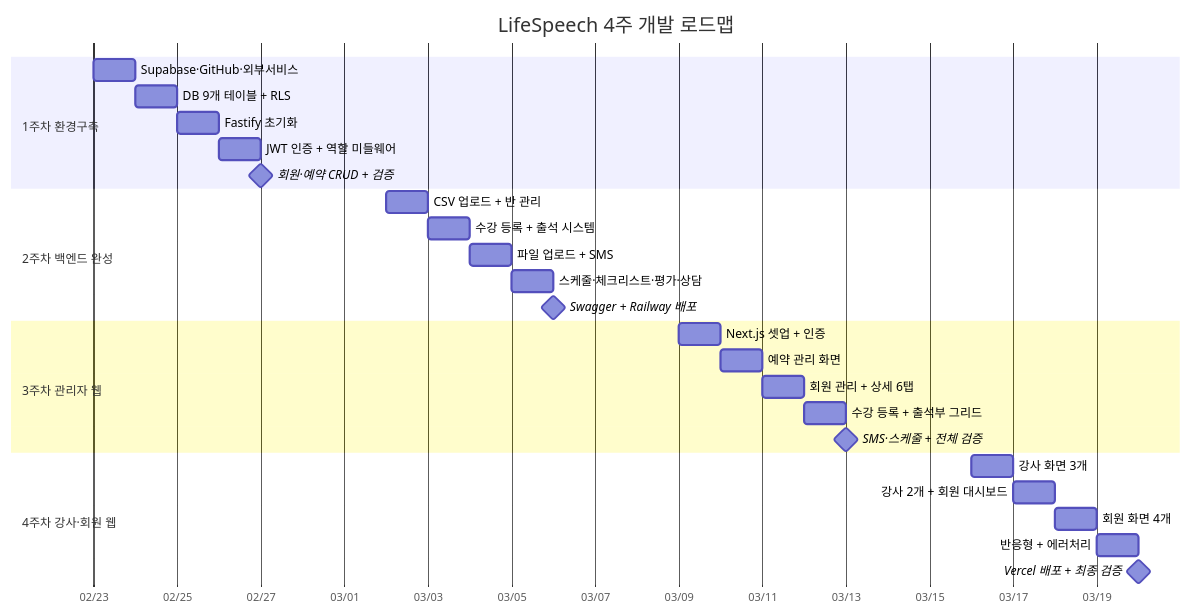
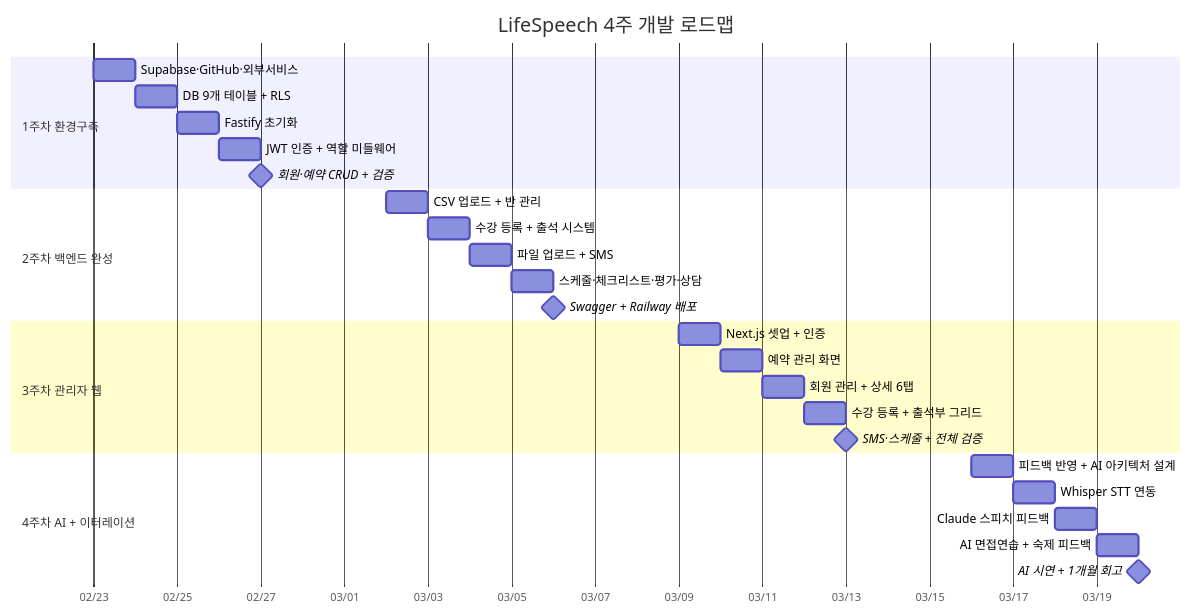
One commit to gggmlduswjs/lifespeech changed the diagram in content/PLANNER/00-대시보드.md. Above: the diagram before and after it, drawn with Mermaid. The commit also changed other lines of this file and 1 other file, not shown here.

````diff
--- a/content/PLANNER/00-대시보드.md
+++ b/content/PLANNER/00-대시보드.md
@@ -195,34 +195,34 @@
 ```mermaid
 gantt
     title LifeSpeech 4주 개발 로드맵
     dateFormat YYYY-MM-DD
     axisFormat %m/%d
 
     section 1주차  환경구축
     Supabase·GitHub·외부서비스      :w1d1, 2026-02-23, 1d
     DB 9개 테이블 + RLS             :w1d2, 2026-02-24, 1d
     Fastify 초기화                  :w1d3, 2026-02-25, 1d
     JWT 인증 + 역할 미들웨어         :w1d4, 2026-02-26, 1d
     회원·예약 CRUD + 검증           :milestone, 2026-02-27, 0d
 
     section 2주차  백엔드 완성
     CSV 업로드 + 반 관리            :w2d1, 2026-03-02, 1d
     수강 등록 + 출석 시스템          :w2d2, 2026-03-03, 1d
     파일 업로드 + SMS               :w2d3, 2026-03-04, 1d
     스케줄·체크리스트·평가·상담      :w2d4, 2026-03-05, 1d
     Swagger + Railway 배포          :milestone, 2026-03-06, 0d
 
     section 3주차  관리자 웹
     Next.js 셋업 + 인증             :w3d1, 2026-03-09, 1d
     예약 관리 화면                  :w3d2, 2026-03-10, 1d
     회원 관리 + 상세 6탭            :w3d3, 2026-03-11, 1d
     수강 등록 + 출석부 그리드        :w3d4, 2026-03-12, 1d
     SMS·스케줄 + 전체 검증          :milestone, 2026-03-13, 0d
 
-    section 4주차  강사·회원 웹
-    강사 화면 3개                   :w4d1, 2026-03-16, 1d
-    강사 2개 + 회원 대시보드         :w4d2, 2026-03-17, 1d
-    회원 화면 4개                   :w4d3, 2026-03-18, 1d
-    반응형 + 에러처리               :w4d4, 2026-03-19, 1d
-    Vercel 배포 + 최종 검증         :milestone, 2026-03-20, 0d
+    section 4주차  AI + 이터레이션
+    피드백 반영 + AI 아키텍처 설계  :w4d1, 2026-03-16, 1d
+    Whisper STT 연동                :w4d2, 2026-03-17, 1d
+    Claude 스피치 피드백            :w4d3, 2026-03-18, 1d
+    AI 면접연습 + 숙제 피드백       :w4d4, 2026-03-19, 1d
+    AI 시연 + 1개월 회고            :milestone, 2026-03-20, 0d
 ```
````
